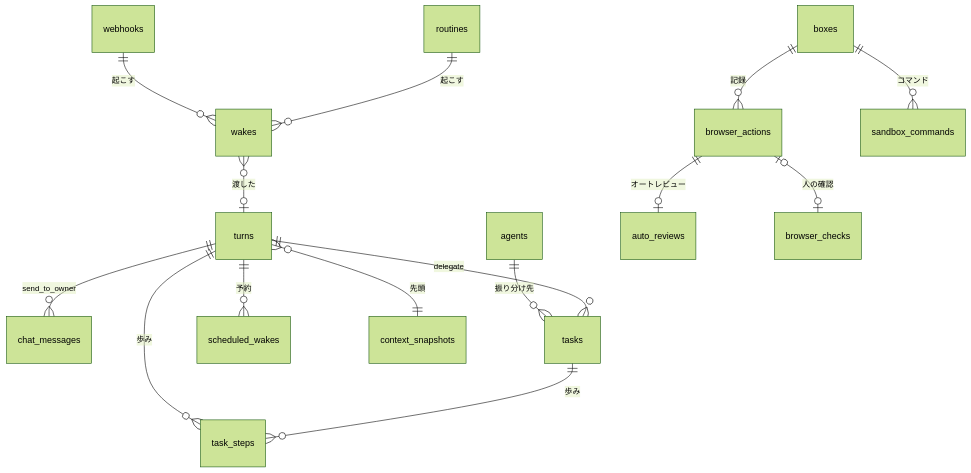
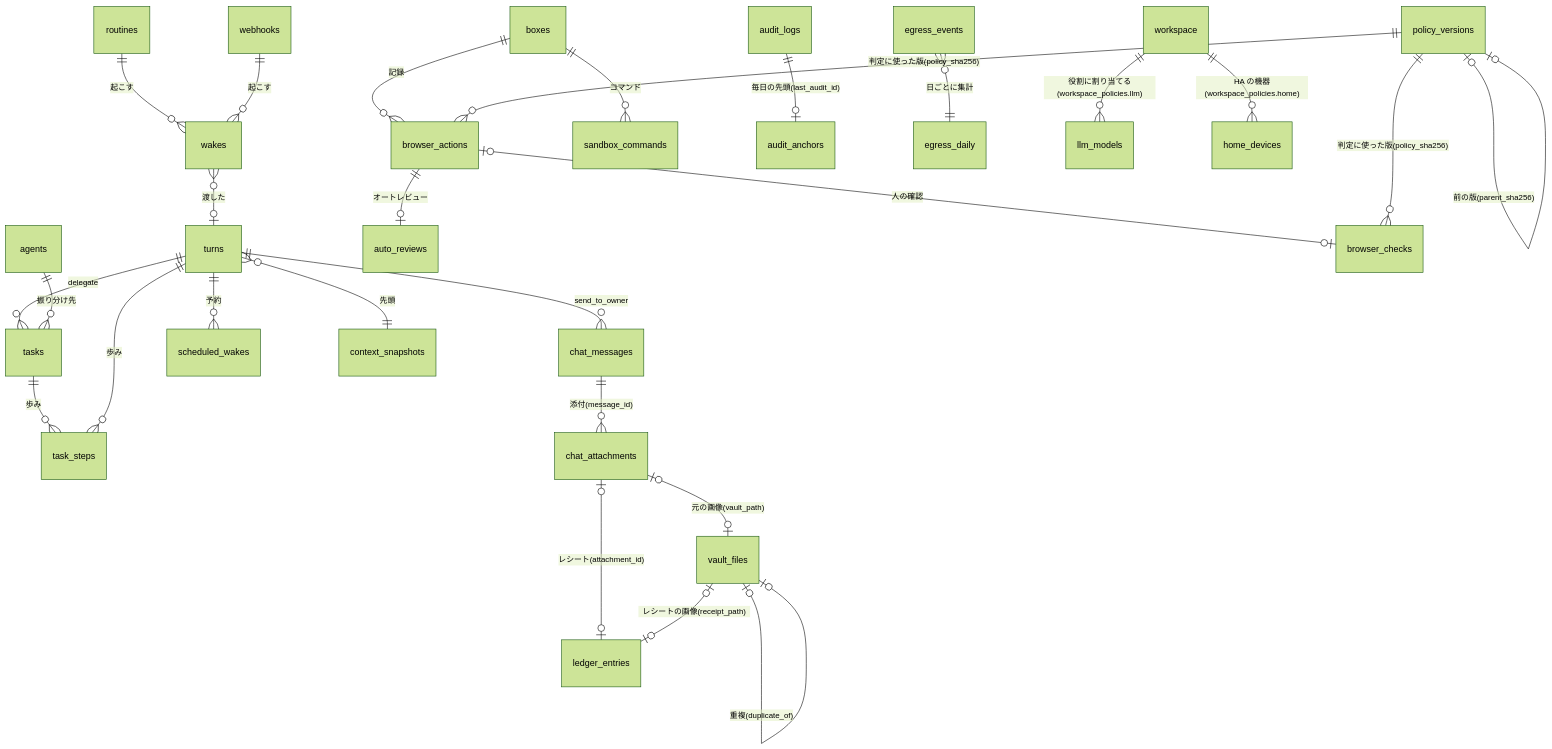
One commit to itiwoja/agent-team changed the diagram in docs/design/08_database/README.md. Above: the diagram before and after it, drawn with Mermaid (forest theme). The commit also changed other lines of this file and 39 other files, not shown here.

````diff
--- a/docs/design/08_database/README.md
+++ b/docs/design/08_database/README.md
@@ -15,17 +15,29 @@
 ```mermaid
 erDiagram
  wakes }o--o| turns : "渡した"
  turns ||--o{ chat_messages : "send_to_owner"
  turns ||--o{ tasks : "delegate"
  agents ||--o{ tasks : "振り分け先"
  tasks ||--o{ task_steps : "歩み"
  turns ||--o{ task_steps : "歩み"
  boxes ||--o{ browser_actions : "記録"
  browser_actions ||--o| auto_reviews : "オートレビュー"
  browser_actions |o--o| browser_checks : "人の確認"
  boxes ||--o{ sandbox_commands : "コマンド"
  routines ||--o{ wakes : "起こす"
  webhooks ||--o{ wakes : "起こす"
  turns ||--o{ scheduled_wakes : "予約"
  turns }o--|| context_snapshots : "先頭"
+ policy_versions ||--o{ browser_actions : "判定に使った版(policy_sha256)"
+ policy_versions ||--o{ browser_checks : "判定に使った版(policy_sha256)"
+ policy_versions |o--o| policy_versions : "前の版(parent_sha256)"
+ audit_logs ||--o| audit_anchors : "毎日の先頭(last_audit_id)"
+ egress_events }o--|| egress_daily : "日ごとに集計"
+ workspace ||--o{ llm_models : "役割に割り当てる(workspace_policies.llm)"
+ chat_messages ||--o{ chat_attachments : "添付(message_id)"
+ chat_attachments |o--o| vault_files : "元の画像(vault_path)"
+ chat_attachments |o--o| ledger_entries : "レシート(attachment_id)"
+ vault_files |o--o| ledger_entries : "レシートの画像(receipt_path)"
+ vault_files |o--o| vault_files : "重複(duplicate_of)"
+ workspace ||--o{ home_devices : "HA の機器(workspace_policies.home)"
 ```
````
